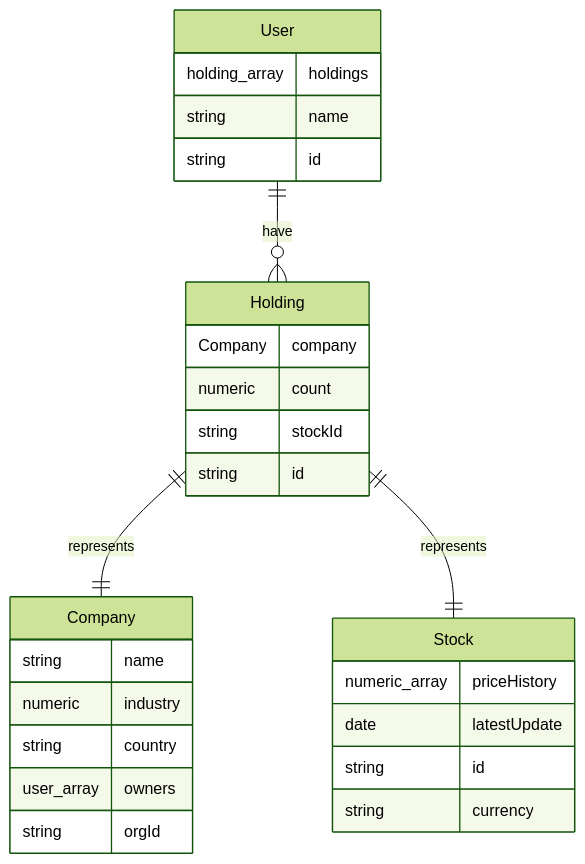
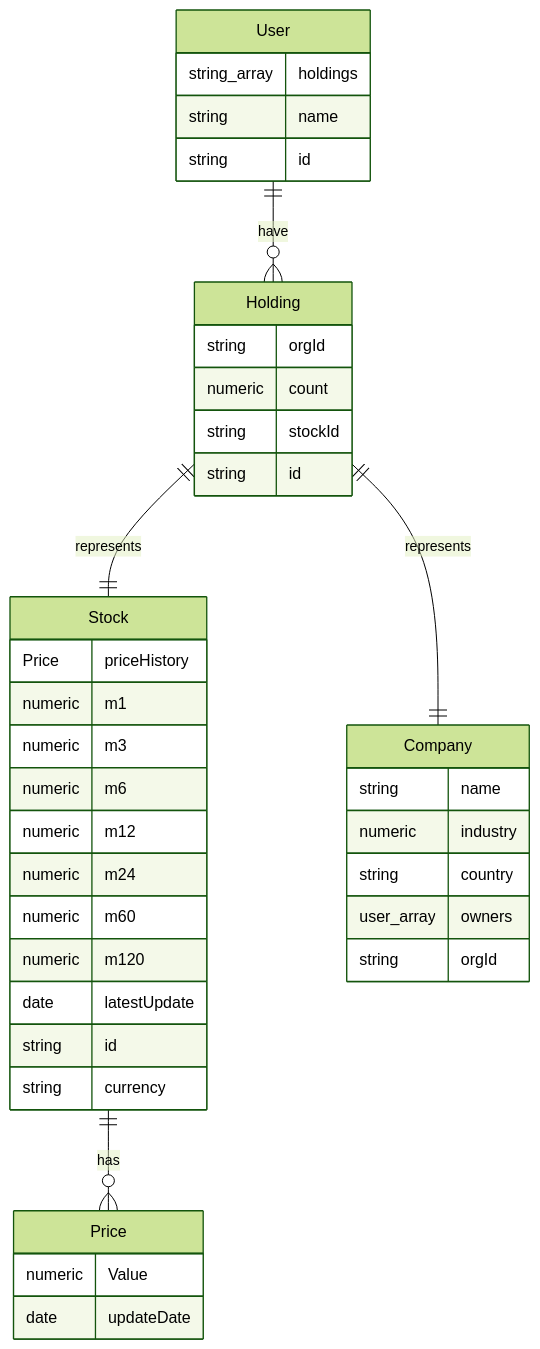
Before and after one commit to Webbnissarna/fakket-api: the second of 2 diagrams in db/db.md, drawn with Mermaid (forest theme). The commit also changed other lines of this file and 11 other files, not shown here.

````diff
--- a/db/db.md
+++ b/db/db.md
@@ -7,30 +56,42 @@
 ```mermaid
 erDiagram
+    Price {
+        numeric Value
+        date updateDate
+    }
     Stock {
-        numeric_array priceHistory
+        Price priceHistory
+        numeric m1
+        numeric m3
+        numeric m6
+        numeric m12
+        numeric m24
+        numeric m60
+        numeric m120
         date latestUpdate
         string id
         string currency
     }
     User {
-        holding_array holdings 
+        string_array holdings 
         string name
         string id
     }
     Holding {
-        Company company
+        string orgId
         numeric count
         string stockId
         string id
     }
     Company {
         string name
         numeric industry
         string country
         user_array owners
         string orgId
     }
     User ||--o{ Holding : have
     Holding ||--|| Company : represents
     Holding ||--|| Stock : represents
+    Stock ||--o{ Price : has
 ```
````
